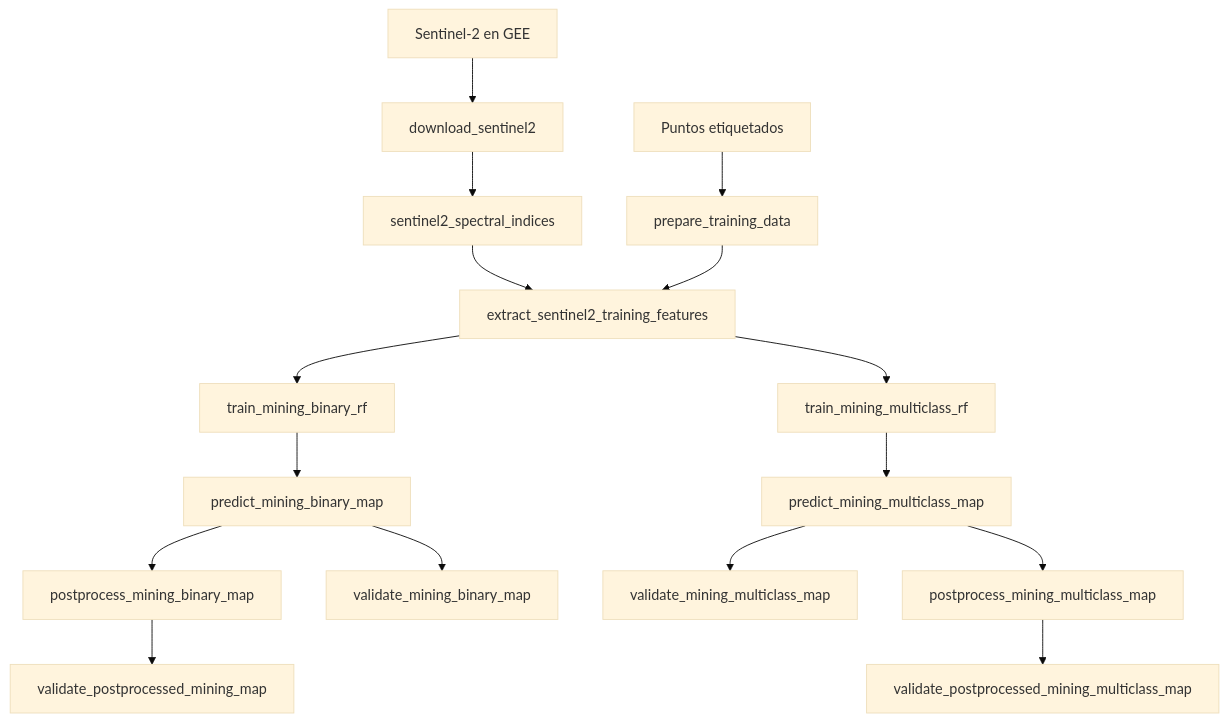
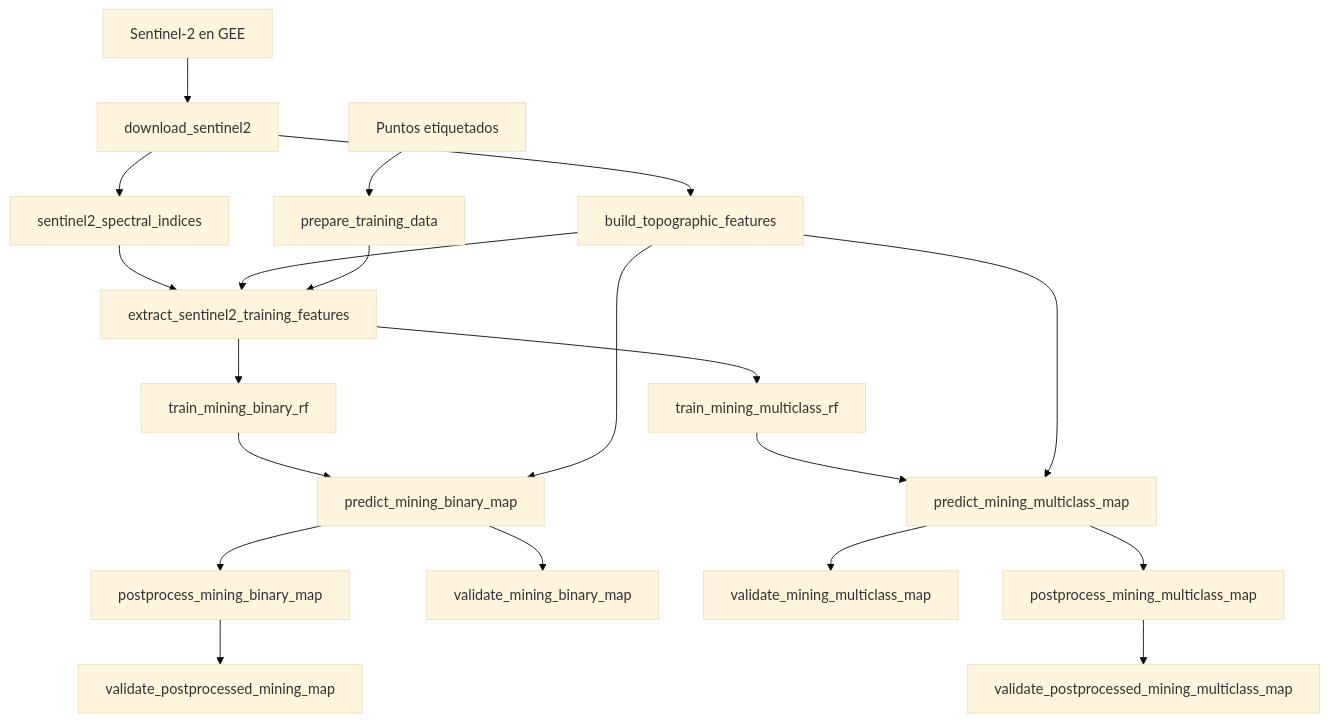
The first of 16 diagrams in docs/proyecto_final.qmd (KevinReyes95-04/Proyecto_programacionSIG), drawn with Mermaid (base theme) before and after one commit. The commit also changed other lines of this file and 26 other files, not shown here.

````diff
--- a/docs/proyecto_final.qmd
+++ b/docs/proyecto_final.qmd
@@ -312,18 +315,22 @@
 ```{mermaid}
 flowchart TD
   A[Sentinel-2 en GEE] --> B[download_sentinel2]
+  B --> T[build_topographic_features]
   B --> C[sentinel2_spectral_indices]
   D[Puntos etiquetados] --> E[prepare_training_data]
   C --> F[extract_sentinel2_training_features]
+  T --> F
   E --> F
   F --> H[train_mining_binary_rf]
   H --> I[predict_mining_binary_map]
+  T --> I
   I --> J[postprocess_mining_binary_map]
   I --> K[validate_mining_binary_map]
   J --> L[validate_postprocessed_mining_map]
   F --> M[train_mining_multiclass_rf]
   M --> N[predict_mining_multiclass_map]
+  T --> N
   N --> O[validate_mining_multiclass_map]
   N --> P[postprocess_mining_multiclass_map]
   P --> Q[validate_postprocessed_mining_multiclass_map]
 ```
````
